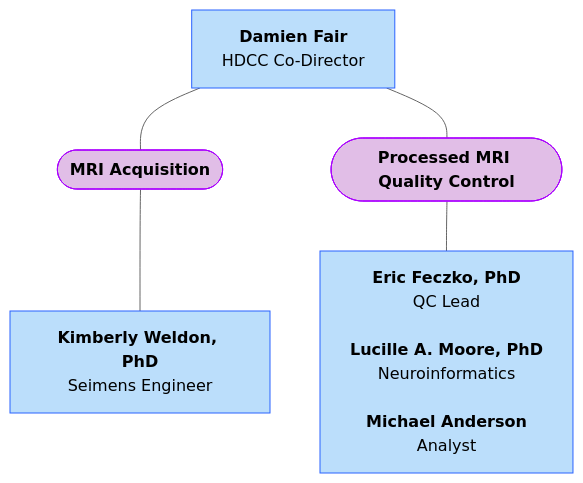
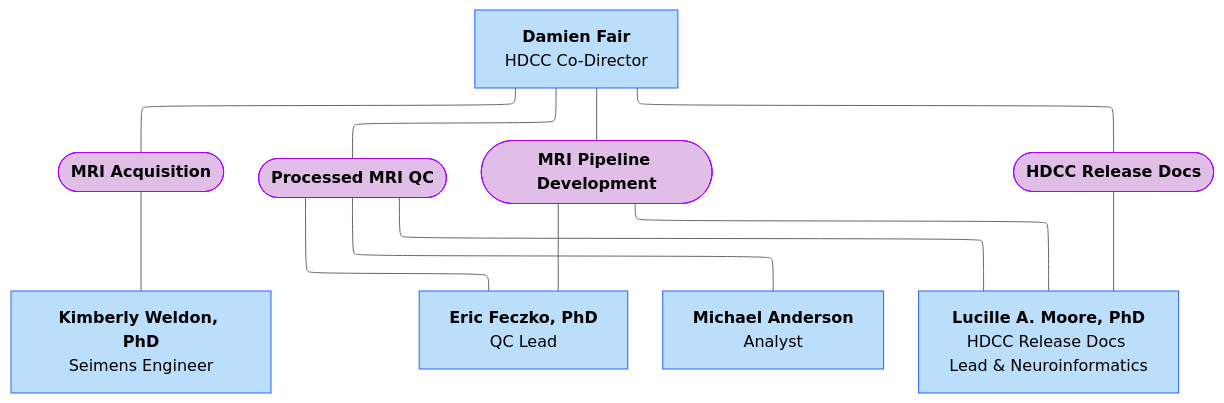
One commit to DCAN-Labs/hbcd-docs-internal changed the third of 12 diagrams in docs/orgcharts.md. Above: the diagram before and after it, drawn with Mermaid (neutral theme). The commit also changed other lines of this file, not shown here.

Commit message:
update CDNI org chart

````diff
--- a/docs/orgcharts.md
+++ b/docs/orgcharts.md
@@ -125,12 +125,21 @@
 ```mermaid
+---
+config:
+  layout: elk
+---
 flowchart TB
-    CDNI["<b>Damien Fair</b><br>HDCC Co-Director"] --- n2(["<b>MRI Acquisition</b>"]) & n5(["<b>Processed MRI Quality Control</b>"])
+    CDNI["<b>Damien Fair</b><br>HDCC Co-Director"] --- n2(["<b>MRI Acquisition</b>"]) & n3(["<b>Processed MRI QC</b>"]) & n7(["<b>MRI Pipeline Development</b>"]) & n10(["<b>HDCC Release Docs</b>"])
     n2 --- n4["<b>Kimberly Weldon, PhD</b><br>Seimens Engineer"]
-    n5 --- n6["<b>Eric Feczko, PhD</b><br>QC Lead<br><br><b>Lucille A. Moore, PhD</b><br>Neuroinformatics<br>
-    <b>Michael Anderson</b><br>Analyst"]
+    n3 --- n5["<b>Eric Feczko, PhD</b><br>QC Lead"] & n6["<b>Michael Anderson</b><br>Analyst"] & n9["<b>Lucille A. Moore, PhD</b><br>HDCC Release Docs Lead &amp; Neuroinformatics"]
+    n7 --- n5 & n9
+    n10 --- n9
     style CDNI fill:#BBDEFB,stroke:#2962FF
     style n2 fill:#E1BEE7,stroke:#AA00FF
-    style n5 fill:#E1BEE7,stroke:#AA00FF
+    style n3 fill:#E1BEE7,stroke:#AA00FF
+    style n7 fill:#E1BEE7,stroke:#AA00FF
+    style n10 fill:#E1BEE7,stroke:#AA00FF
     style n4 fill:#BBDEFB,stroke:#2962FF
+    style n5 fill:#BBDEFB,stroke:#2962FF
     style n6 fill:#BBDEFB,stroke:#2962FF
+    style n9 fill:#BBDEFB,stroke:#2962FF
 ```
````
